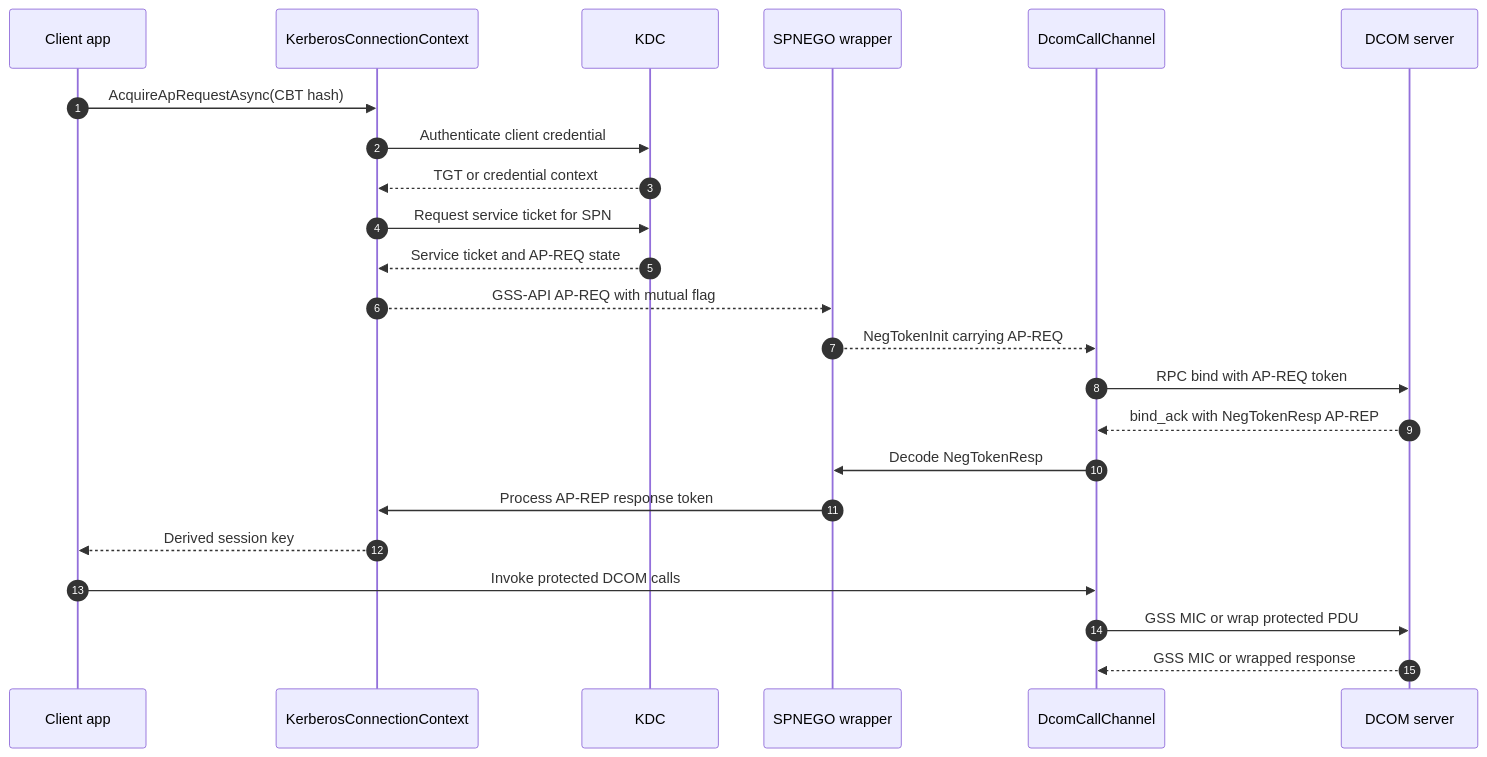
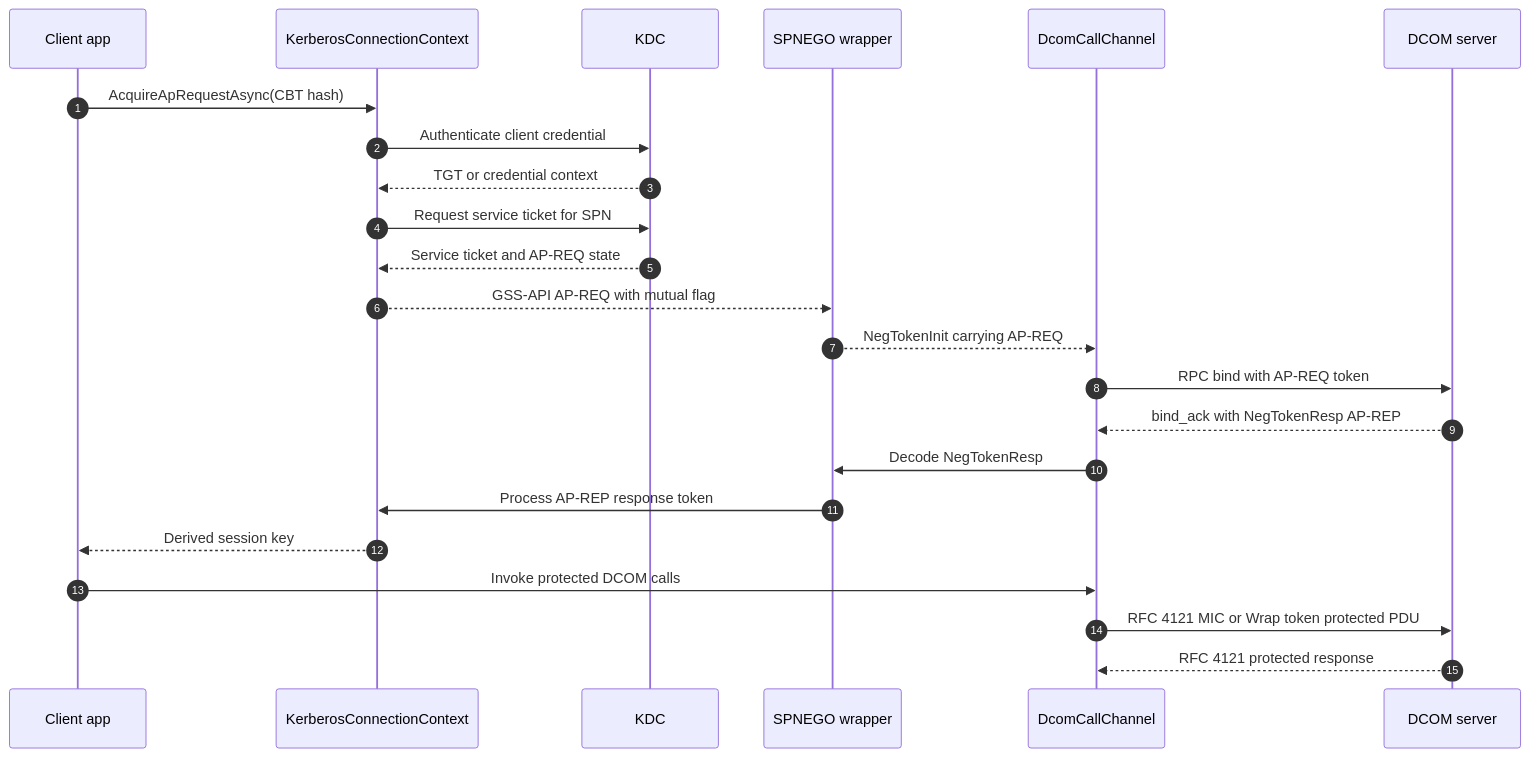
The diagram in docs/diagrams/05-kerberos-handshake.md (marcschier/opc-classic), drawn with Mermaid before and after one commit. The commit also changed other lines of this file and 9 other files, not shown here.

Commit message:
Docs: rewrite diagrams/ as current-state (no transitional Dcom narrative)

````diff
--- a/docs/diagrams/05-kerberos-handshake.md
+++ b/docs/diagrams/05-kerberos-handshake.md
@@ -9,26 +9,26 @@
 ```mermaid
 sequenceDiagram
     autonumber
     participant App as Client app
     participant Krb as KerberosConnectionContext
     participant Kdc as KDC
     participant Spnego as SPNEGO wrapper
     participant Channel as DcomCallChannel
     participant Server as DCOM server
 
     App->>Krb: AcquireApRequestAsync(CBT hash)
     Krb->>Kdc: Authenticate client credential
     Kdc-->>Krb: TGT or credential context
     Krb->>Kdc: Request service ticket for SPN
     Kdc-->>Krb: Service ticket and AP-REQ state
     Krb-->>Spnego: GSS-API AP-REQ with mutual flag
     Spnego-->>Channel: NegTokenInit carrying AP-REQ
     Channel->>Server: RPC bind with AP-REQ token
     Server-->>Channel: bind_ack with NegTokenResp AP-REP
     Channel->>Spnego: Decode NegTokenResp
     Spnego->>Krb: Process AP-REP response token
     Krb-->>App: Derived session key
     App->>Channel: Invoke protected DCOM calls
-    Channel->>Server: GSS MIC or wrap protected PDU
-    Server-->>Channel: GSS MIC or wrapped response
+    Channel->>Server: RFC 4121 MIC or Wrap token protected PDU
+    Server-->>Channel: RFC 4121 protected response
 ```
````
